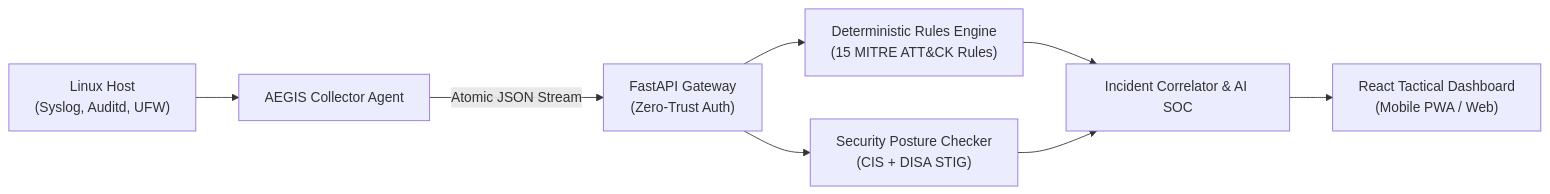
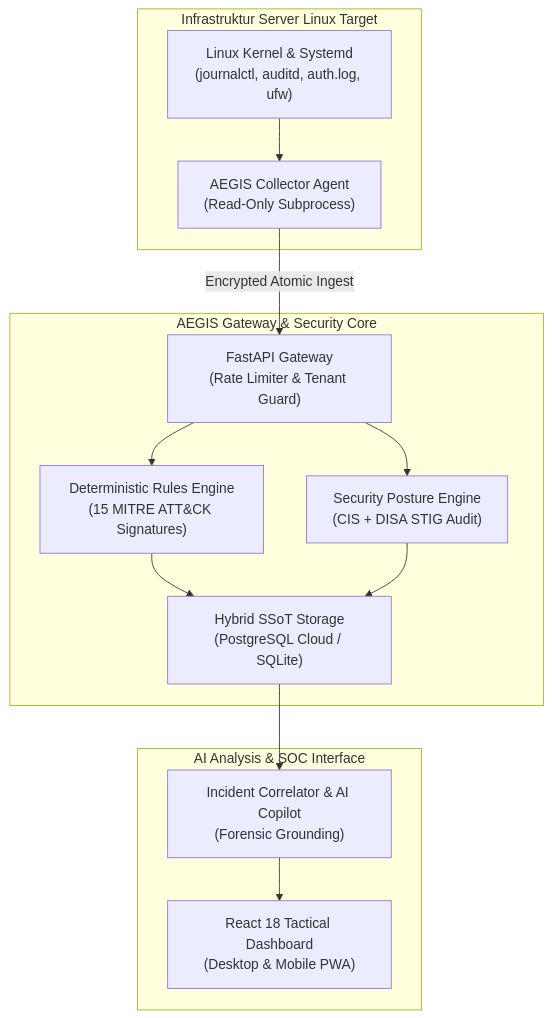
One commit to fendyramadhani9-cloud/AEGIS changed the diagram in README.md. Above: the diagram before and after it, drawn with Mermaid. The commit also changed other lines of this file, not shown here.

````diff
--- a/README.md
+++ b/README.md
@@ -107,10 +96,19 @@
 ```mermaid
-flowchart LR
-    A["Linux Host<br/>(Syslog, Auditd, UFW)"] --> B["AEGIS Collector Agent"]
-    B -->|Atomic JSON Stream| C["FastAPI Gateway<br/>(Zero-Trust Auth)"]
-    C --> D["Deterministic Rules Engine<br/>(15 MITRE ATT&CK Rules)"]
-    C --> E["Security Posture Checker<br/>(CIS + DISA STIG)"]
-    D --> F["Incident Correlator & AI SOC"]
-    E --> F
-    F --> G["React Tactical Dashboard<br/>(Mobile PWA / Web)"]
+flowchart TD
+    subgraph Host["Infrastruktur Server Linux Target"]
+        A["Linux Kernel & Systemd<br/>(journalctl, auditd, auth.log, ufw)"] --> B["AEGIS Collector Agent<br/>(Read-Only Subprocess)"]
+    end
+
+    subgraph Gateway["AEGIS Gateway & Security Core"]
+        B -->|Encrypted Atomic Ingest| C["FastAPI Gateway<br/>(Rate Limiter & Tenant Guard)"]
+        C --> D["Deterministic Rules Engine<br/>(15 MITRE ATT&CK Signatures)"]
+        C --> E["Security Posture Engine<br/>(CIS + DISA STIG Audit)"]
+        D --> F["Hybrid SSoT Storage<br/>(PostgreSQL Cloud / SQLite)"]
+        E --> F
+    end
+
+    subgraph Intelligence["AI Analysis & SOC Interface"]
+        F --> G["Incident Correlator & AI Copilot<br/>(Forensic Grounding)"]
+        G --> H["React 18 Tactical Dashboard<br/>(Desktop & Mobile PWA)"]
+    end
 ```
````
